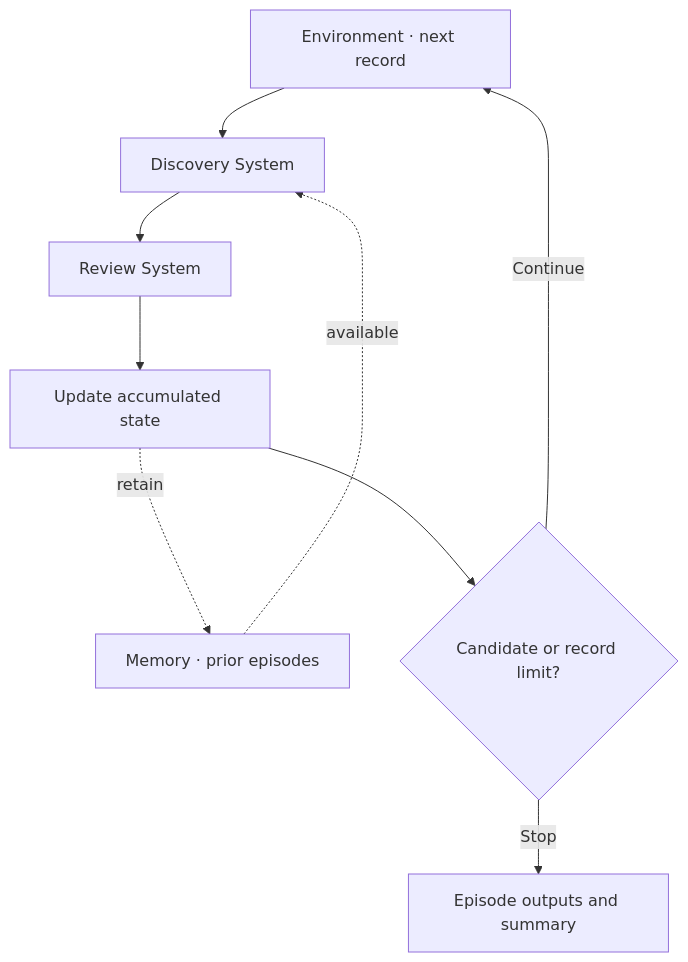
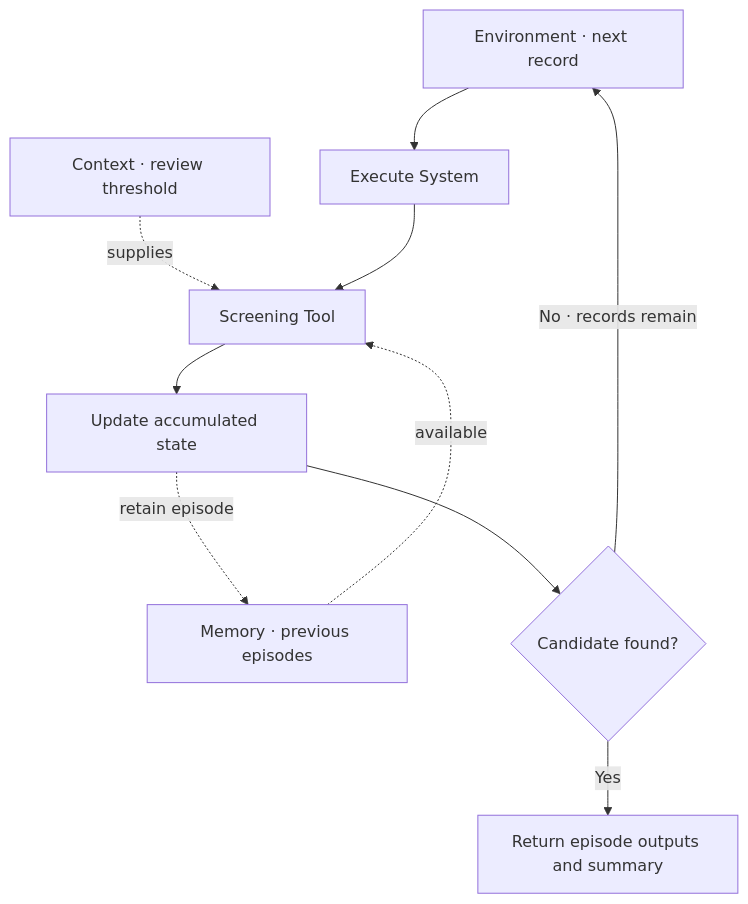
One commit to JacoboGGLeon/agentic_systems changed the fourth of 5 diagrams in README.md. Above: the diagram before and after it, drawn with Mermaid. The commit also changed other lines of this file, not shown here.

````diff
--- a/README.md
+++ b/README.md
@@ -291,11 +250,12 @@
 ```mermaid
 flowchart TD
-    N["Environment · next record"] --> D["Discovery System"]
-    D --> R["Review System"]
-    R --> U["Update accumulated state"]
-    M["Memory · prior episodes"] -. available .-> D
-    U -. retain .-> M
-    U --> S{"Candidate or record limit?"}
-    S -->|"Continue"| N
-    S -->|"Stop"| E["Episode outputs and summary"]
+    N["Environment · next record"] --> S["Execute System"]
+    C["Context · review threshold"] -. supplies .-> T["Screening Tool"]
+    S --> T
+    M["Memory · previous episodes"] -. available .-> T
+    T --> U["Update accumulated state"]
+    U -. retain episode .-> M
+    U --> D{"Candidate found?"}
+    D -->|"No · records remain"| N
+    D -->|"Yes"| R["Return episode outputs and summary"]
 ```
````
